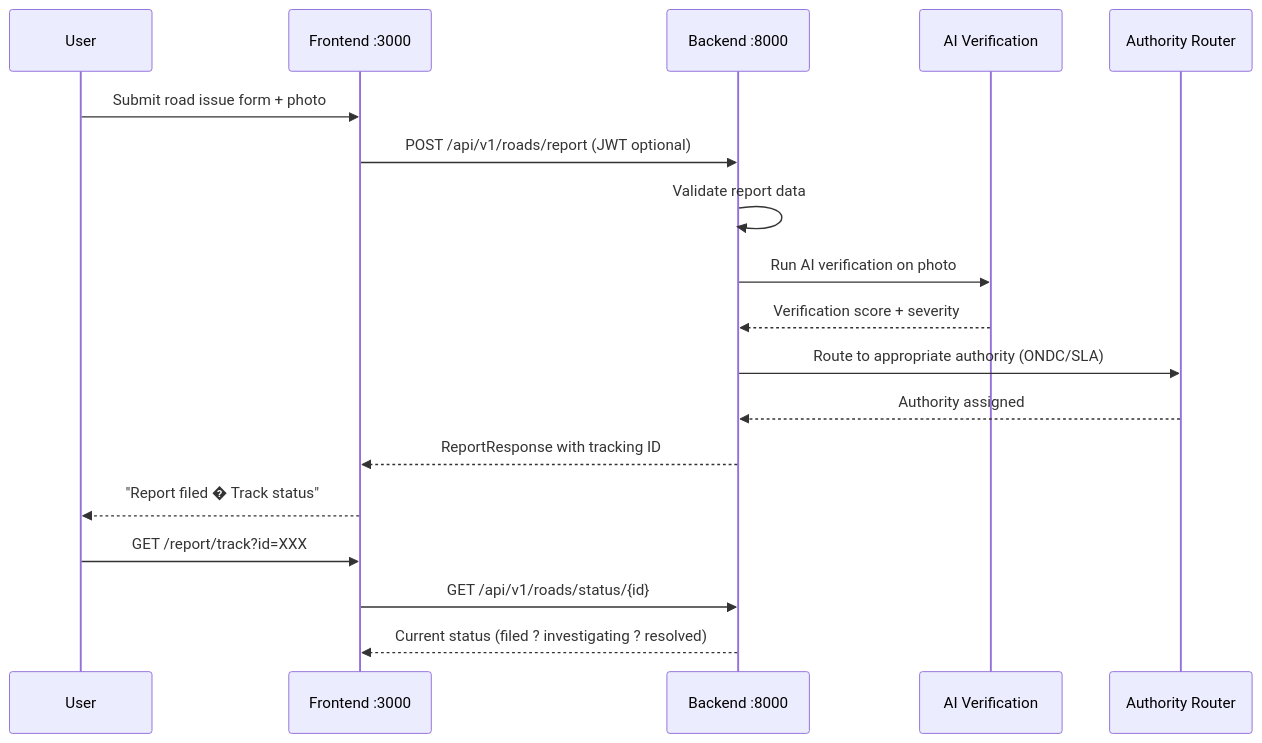
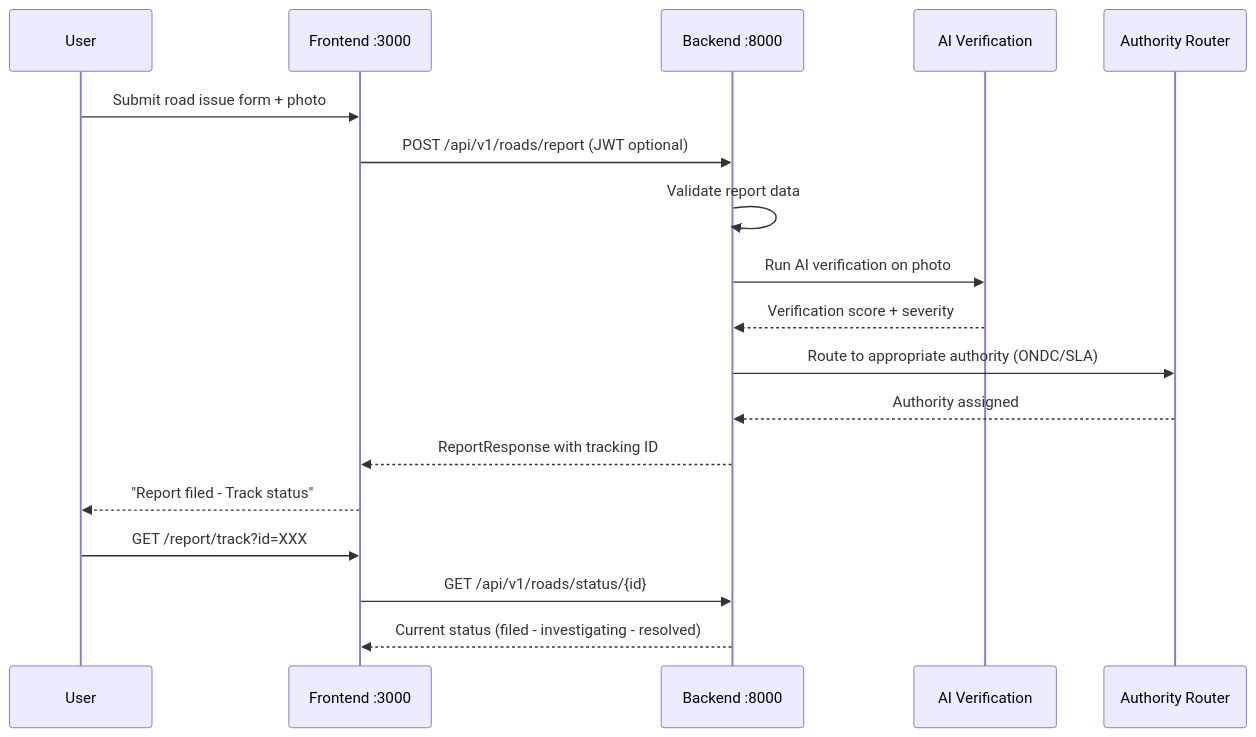
One commit to SafeVixAI/SafeVixAI changed diagram 11 of 11 in docs/architecture/Architecture.md. Above: the diagram before and after it, drawn with Mermaid. The commit also changed other lines of this file and 85 other files, not shown here.

Commit message:
docs: Fix Mermaid diagrams, resolve relative link warnings, and ensure clean mkdocs build

````diff
--- a/docs/architecture/Architecture.md
+++ b/docs/architecture/Architecture.md
@@ -606,21 +649,21 @@
 ```mermaid
 sequenceDiagram
     participant U as User
     participant FE as Frontend :3000
     participant BE as Backend :8000
     participant AI as AI Verification
     participant AR as Authority Router
 
     U->>FE: Submit road issue form + photo
     FE->>BE: POST /api/v1/roads/report (JWT optional)
     BE->>BE: Validate report data
     BE->>AI: Run AI verification on photo
     AI-->>BE: Verification score + severity
     BE->>AR: Route to appropriate authority (ONDC/SLA)
     AR-->>BE: Authority assigned
     BE-->>FE: ReportResponse with tracking ID
-    FE-->>U: "Report filed � Track status"
+    FE-->>U: "Report filed - Track status"
     U->>FE: GET /report/track?id=XXX
     FE->>BE: GET /api/v1/roads/status/{id}
-    BE-->>FE: Current status (filed ? investigating ? resolved)
+    BE-->>FE: Current status (filed - investigating - resolved)
 ```
````
